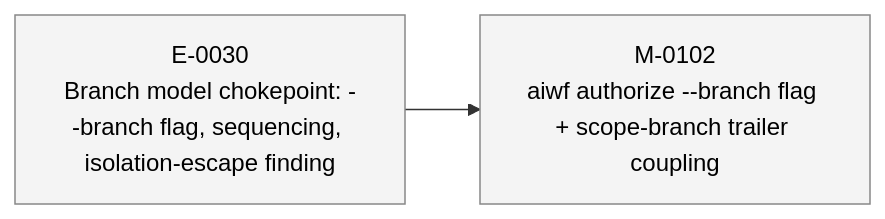
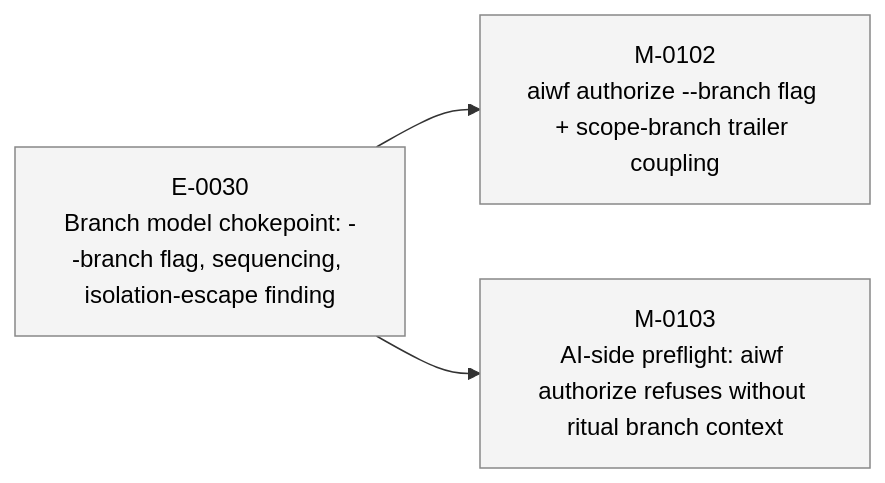
The fourth of 4 diagrams in STATUS.md (23min/aiwf), drawn with Mermaid before and after one commit. The commit also changed other lines of this file and 1 other file, not shown here.

First line of the commit message:
aiwf add milestone M-0103 "AI-side preflight: aiwf authorize refuses without ritual branch context"

````diff
--- a/STATUS.md
+++ b/STATUS.md
@@ -94,12 +95,14 @@
 ```mermaid
 flowchart LR
   E_0030["E-0030<br/>Branch model chokepoint: --branch flag, sequencing, isolation-escape finding"]:::epic_proposed
   M_0102["M-0102<br/>aiwf authorize --branch flag + scope-branch trailer coupling"]:::ms_draft
   E_0030 --> M_0102
+  M_0103["M-0103<br/>AI-side preflight: aiwf authorize refuses without ritual branch context"]:::ms_draft
+  E_0030 --> M_0103
   classDef epic_active fill:#d6eaff,stroke:#1a73e8,color:#000
   classDef epic_proposed fill:#f4f4f4,stroke:#888,color:#000
   classDef ms_done fill:#d8f5d8,stroke:#2a8a2a,color:#000
   classDef ms_in_progress fill:#fff3c4,stroke:#caa400,color:#000
   classDef ms_draft fill:#f4f4f4,stroke:#888,color:#000
   classDef ms_cancelled fill:#fbeaea,stroke:#c33,color:#000
 ```
````
